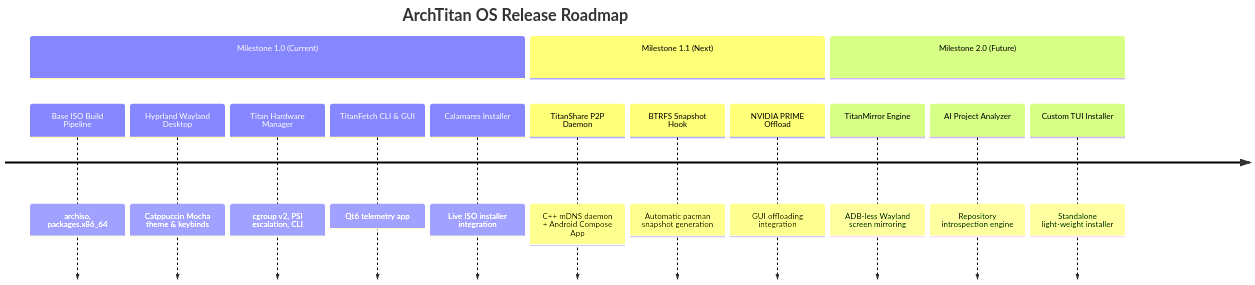
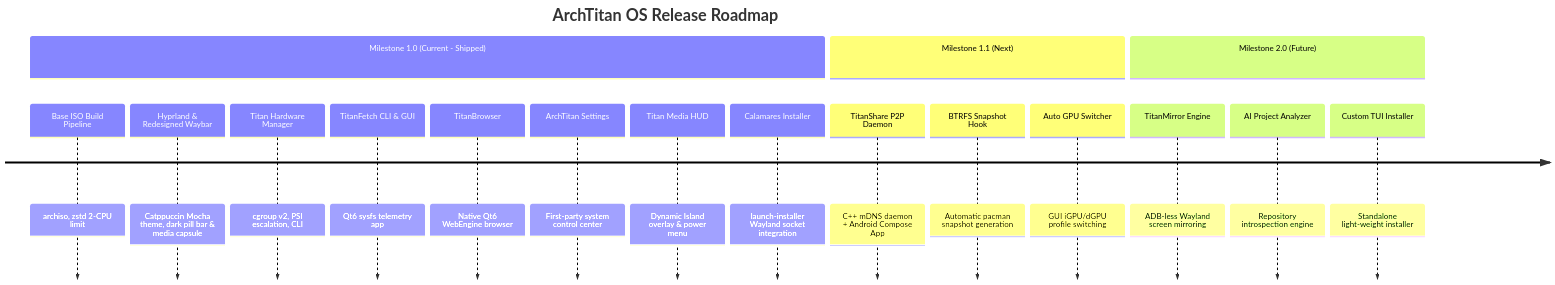
Before and after one commit to GitGuru29/archtitan-os: the diagram in wiki/Roadmap-and-Status.md, drawn with Mermaid. The commit also changed other lines of this file and 13 other files, not shown here.

Commit message:
docs(wiki): update wiki documentation with latest components and architectural details

````diff
--- a/wiki/Roadmap-and-Status.md
+++ b/wiki/Roadmap-and-Status.md
@@ -30,18 +32,21 @@
 ```mermaid
 timeline
     title ArchTitan OS Release Roadmap
-    section Milestone 1.0 (Current)
-        Base ISO Build Pipeline : archiso, packages.x86_64
-        Hyprland Wayland Desktop : Catppuccin Mocha theme & keybinds
+    section Milestone 1.0 (Current - Shipped)
+        Base ISO Build Pipeline : archiso, zstd 2-CPU limit
+        Hyprland & Redesigned Waybar : Catppuccin Mocha theme, dark pill bar & media capsule
         Titan Hardware Manager : cgroup v2, PSI escalation, CLI
-        TitanFetch CLI & GUI : Qt6 telemetry app
-        Calamares Installer : Live ISO installer integration
+        TitanFetch CLI & GUI : Qt6 sysfs telemetry app
+        TitanBrowser : Native Qt6 WebEngine browser
+        ArchTitan Settings : First-party system control center
+        Titan Media HUD : Dynamic Island overlay & power menu
+        Calamares Installer : launch-installer Wayland socket integration
     section Milestone 1.1 (Next)
         TitanShare P2P Daemon : C++ mDNS daemon + Android Compose App
         BTRFS Snapshot Hook : Automatic pacman snapshot generation
-        NVIDIA PRIME Offload : GUI offloading integration
+        Auto GPU Switcher : GUI iGPU/dGPU profile switching
     section Milestone 2.0 (Future)
         TitanMirror Engine : ADB-less Wayland screen mirroring
         AI Project Analyzer : Repository introspection engine
         Custom TUI Installer : Standalone light-weight installer
 ```
````
